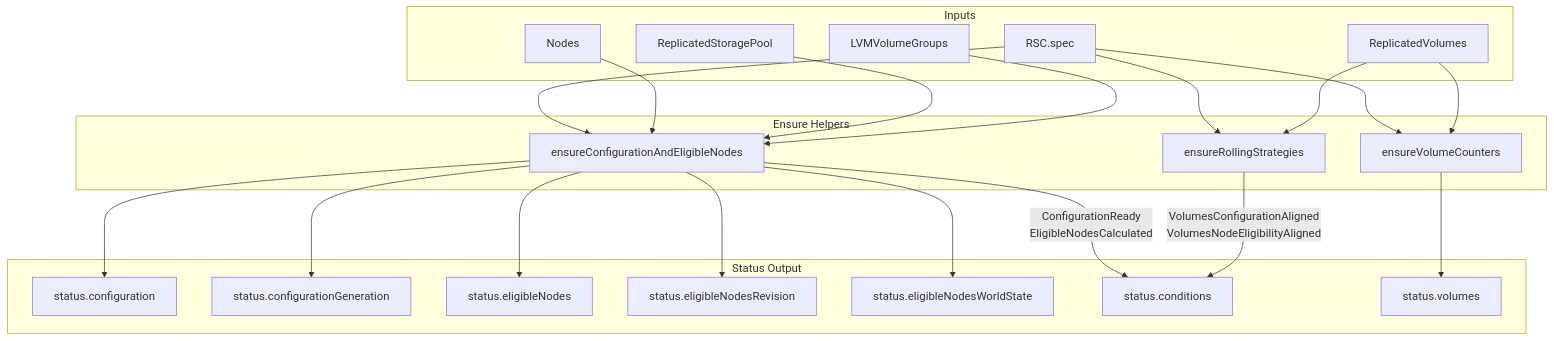
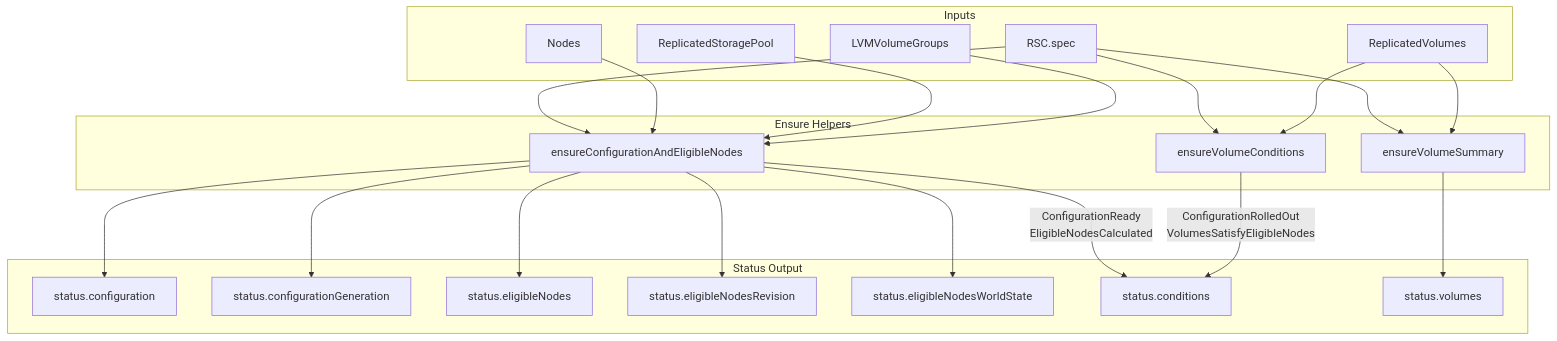
Before and after one commit to deckhouse/sds-replicated-volume: the second of 2 diagrams in images/controller/internal/controllers/rsc_controller/README.md, drawn with Mermaid. The commit also changed other lines of this file and 16 other files, not shown here.

````diff
--- a/images/controller/internal/controllers/rsc_controller/README.md
+++ b/images/controller/internal/controllers/rsc_controller/README.md
@@ -163,48 +154,48 @@
 ```mermaid
 flowchart TD
     subgraph inputs [Inputs]
         RSC[RSC.spec]
         Nodes[Nodes]
         RSP[ReplicatedStoragePool]
         LVGs[LVMVolumeGroups]
         RVs[ReplicatedVolumes]
     end
 
     subgraph ensure [Ensure Helpers]
         EnsureConfig[ensureConfigurationAndEligibleNodes]
-        EnsureVols[ensureVolumeCounters]
-        EnsureRolling[ensureRollingStrategies]
+        EnsureVols[ensureVolumeSummary]
+        EnsureVolConds[ensureVolumeConditions]
     end
 
     subgraph status [Status Output]
         Config[status.configuration]
         ConfigGen[status.configurationGeneration]
         EN[status.eligibleNodes]
         ENRev[status.eligibleNodesRevision]
         WorldState[status.eligibleNodesWorldState]
         Conds[status.conditions]
         Vol[status.volumes]
     end
 
     RSC --> EnsureConfig
     Nodes --> EnsureConfig
     RSP --> EnsureConfig
     LVGs --> EnsureConfig
 
     EnsureConfig --> Config
     EnsureConfig --> ConfigGen
     EnsureConfig --> EN
     EnsureConfig --> ENRev
     EnsureConfig --> WorldState
     EnsureConfig -->|ConfigurationReady<br>EligibleNodesCalculated| Conds
 
     RSC --> EnsureVols
     RVs --> EnsureVols
 
     EnsureVols --> Vol
 
-    RSC --> EnsureRolling
-    RVs --> EnsureRolling
+    RSC --> EnsureVolConds
+    RVs --> EnsureVolConds
 
-    EnsureRolling -->|VolumesConfigurationAligned<br>VolumesNodeEligibilityAligned| Conds
+    EnsureVolConds -->|ConfigurationRolledOut<br>VolumesSatisfyEligibleNodes| Conds
 ```
````
